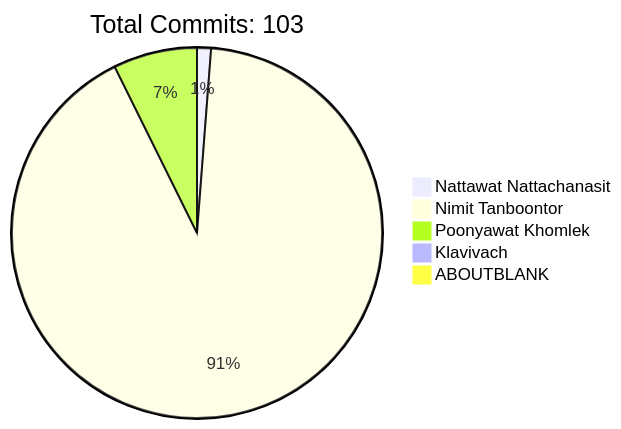
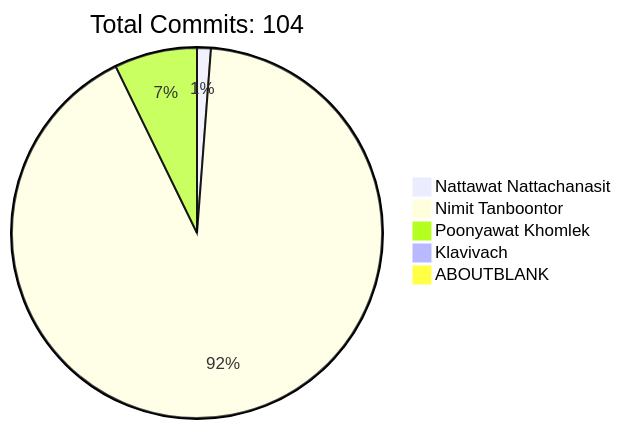
Before and after one commit to HLLC-MFU/HLLC-2025: the diagram in README.md, drawn with Mermaid. The commit also changed other lines of this file, not shown here.

````diff
--- a/README.md
+++ b/README.md
@@ -170,9 +170,9 @@
 ```mermaid
 pie
-    title Total Commits: 103
+    title Total Commits: 104
     "Nattawat Nattachanasit" : 1
-    "Nimit Tanboontor" : 75
+    "Nimit Tanboontor" : 76
     "Poonyawat Khomlek" : 6
     "Klavivach" : 0
     "ABOUTBLANK" : 0
 ```
````
